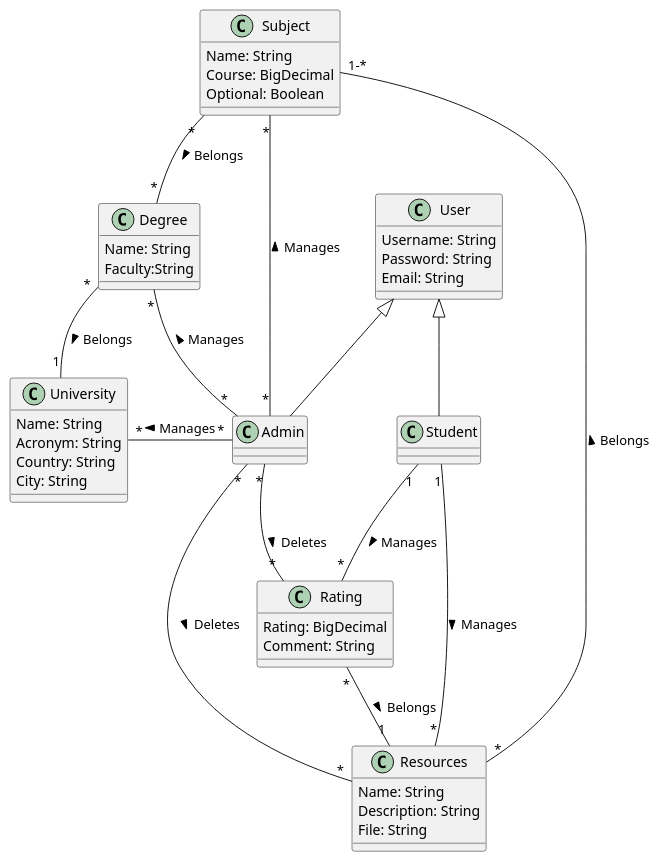
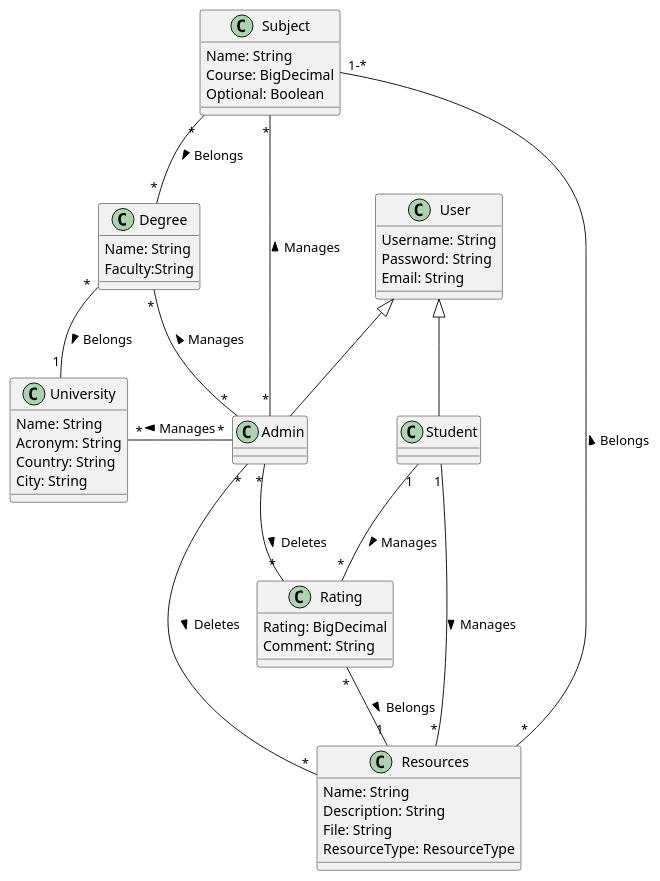
Before and after one commit to UdL-EPS-SoftArch/UniCloud-API: the diagram in EntitiesModel.puml, drawn with PlantUML.

Commit message:
Added Resource type enumerate on the Entities Model

```diff
--- a/EntitiesModel.puml
+++ b/EntitiesModel.puml
@@ -1,55 +1,56 @@
 @startuml
 class User{
     Username: String
     Password: String
     Email: String
 }
 
 class Admin extends User{
 }
 
 class Student extends User{
 }
 
 class University{
     Name: String
     Acronym: String
     Country: String
     City: String
 }
 
 class Degree{
     Name: String
     Faculty:String
 }
 
 class Subject{
     Name: String
     Course: BigDecimal
     Optional: Boolean
 }
 
 class Resources{
     Name: String
     Description: String
     File: String
+    ResourceType: ResourceType
 }
 
 class Rating{
     Rating: BigDecimal
     Comment: String
 }
 
 
 Student "1" -- "*" Resources: Manages >
 Student "1" -- "*" Rating: Manages >
 Admin "*" --left-- "*" University: Manages >
 Admin "*" --left-- "*" Degree: Manages >
 Admin "*" --left-- "*" Subject: Manages >
 Admin "*" -- "*" Resources: Deletes >
 Admin "*" -- "*" Rating: Deletes >
 Rating "*" -- "1" Resources: Belongs >
 Resources "*" -- "1-*" Subject: Belongs >
 Subject "*" -- "*" Degree: Belongs >
 Degree "*" -- "1" University: Belongs >
 @enduml
```
